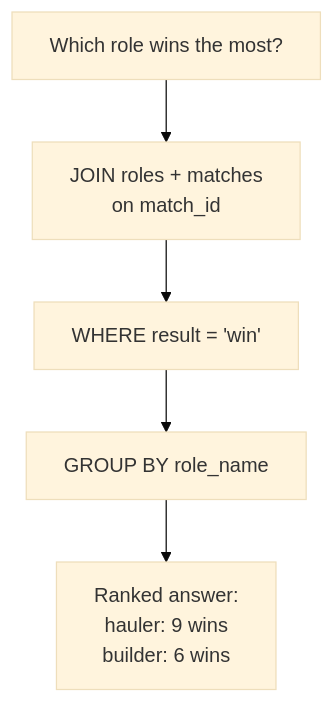
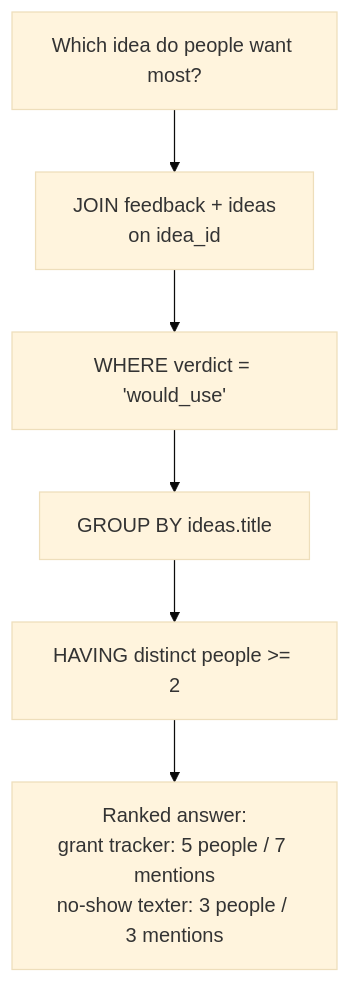
The diagram in apps/marketplace/content/tutorials/relational-databases-and-graphs/02-asking-questions-with-sql.md (AutoNateAI/roblox-gamelab-2), drawn with Mermaid (base theme) before and after one commit. The commit also changed other lines of this file and 130 other files, not shown here.

````diff
--- a/apps/marketplace/content/tutorials/relational-databases-and-graphs/02-asking-questions-with-sql.md
+++ b/apps/marketplace/content/tutorials/relational-databases-and-graphs/02-asking-questions-with-sql.md
@@ -59,7 +105,8 @@
 ```mermaid
 flowchart TD
-  Q["Which role wins the most?"] --> J["JOIN roles + matches<br/>on match_id"]
-  J --> W["WHERE result = 'win'"]
-  W --> G["GROUP BY role_name"]
-  G --> A["Ranked answer:<br/>hauler: 9 wins<br/>builder: 6 wins"]
+  Q["Which idea do people want most?"] --> J["JOIN feedback + ideas<br/>on idea_id"]
+  J --> W["WHERE verdict = 'would_use'"]
+  W --> G["GROUP BY ideas.title"]
+  G --> H["HAVING distinct people >= 2"]
+  H --> A["Ranked answer:<br/>grant tracker: 5 people / 7 mentions<br/>no-show texter: 3 people / 3 mentions"]
 ```
````
